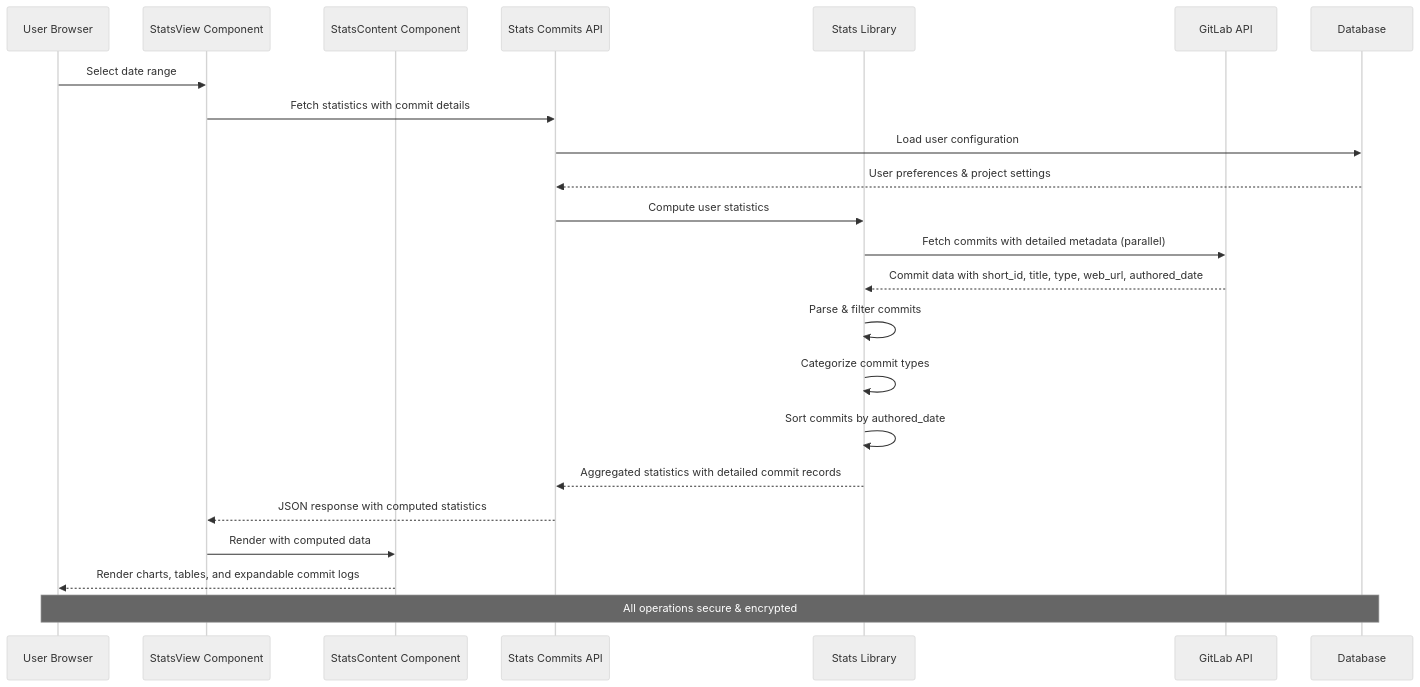
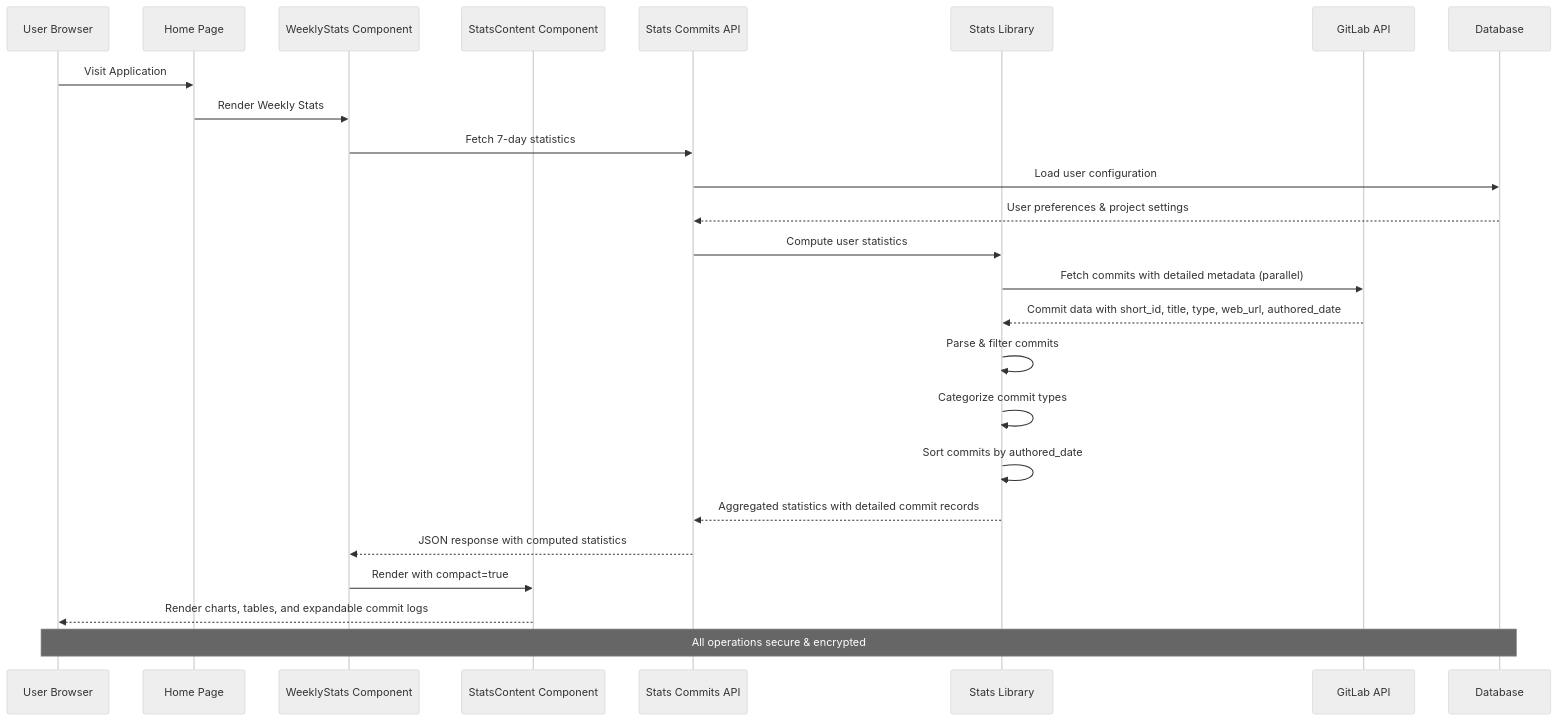
One commit to jrj444/git-daily changed the second of 8 diagrams in .qoder/repowiki/en/content/Frontend Components/Commit Statistics Dashboard.md. Above: the diagram before and after it, drawn with Mermaid (neutral theme). The commit also changed other lines of this file and 3 other files, not shown here.

````diff
--- a/.qoder/repowiki/en/content/Frontend Components/Commit Statistics Dashboard.md
+++ b/.qoder/repowiki/en/content/Frontend Components/Commit Statistics Dashboard.md
@@ -131,25 +150,27 @@
 ```mermaid
 sequenceDiagram
 participant User as User Browser
-participant StatsView as StatsView Component
+participant HomePage as Home Page
+participant WeeklyStats as WeeklyStats Component
 participant StatsContent as StatsContent Component
 participant API as Stats Commits API
 participant StatsLib as Stats Library
 participant GitLab as GitLab API
 participant DB as Database
-User->>StatsView : Select date range
-StatsView->>API : Fetch statistics with commit details
+User->>HomePage : Visit Application
+HomePage->>WeeklyStats : Render Weekly Stats
+WeeklyStats->>API : Fetch 7-day statistics
 API->>DB : Load user configuration
 DB-->>API : User preferences & project settings
 API->>StatsLib : Compute user statistics
 StatsLib->>GitLab : Fetch commits with detailed metadata (parallel)
 GitLab-->>StatsLib : Commit data with short_id, title, type, web_url, authored_date
 StatsLib->>StatsLib : Parse & filter commits
 StatsLib->>StatsLib : Categorize commit types
 StatsLib->>StatsLib : Sort commits by authored_date
 StatsLib-->>API : Aggregated statistics with detailed commit records
-API-->>StatsView : JSON response with computed statistics
-StatsView->>StatsContent : Render with computed data
+API-->>WeeklyStats : JSON response with computed statistics
+WeeklyStats->>StatsContent : Render with compact=true
 StatsContent-->>User : Render charts, tables, and expandable commit logs
 Note over User,DB : All operations secure & encrypted
 ```
````
